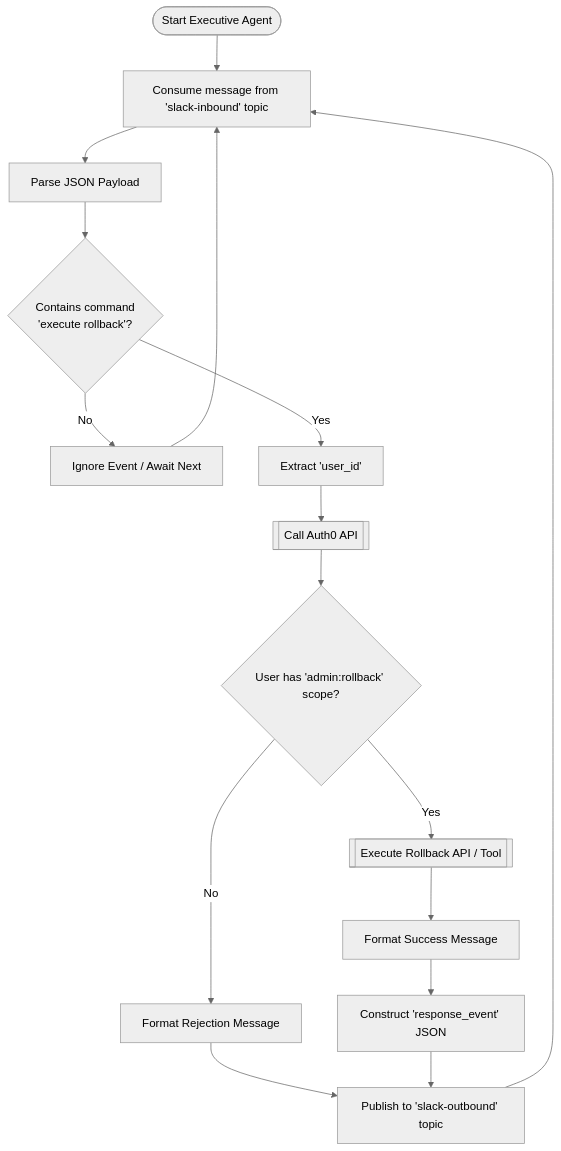
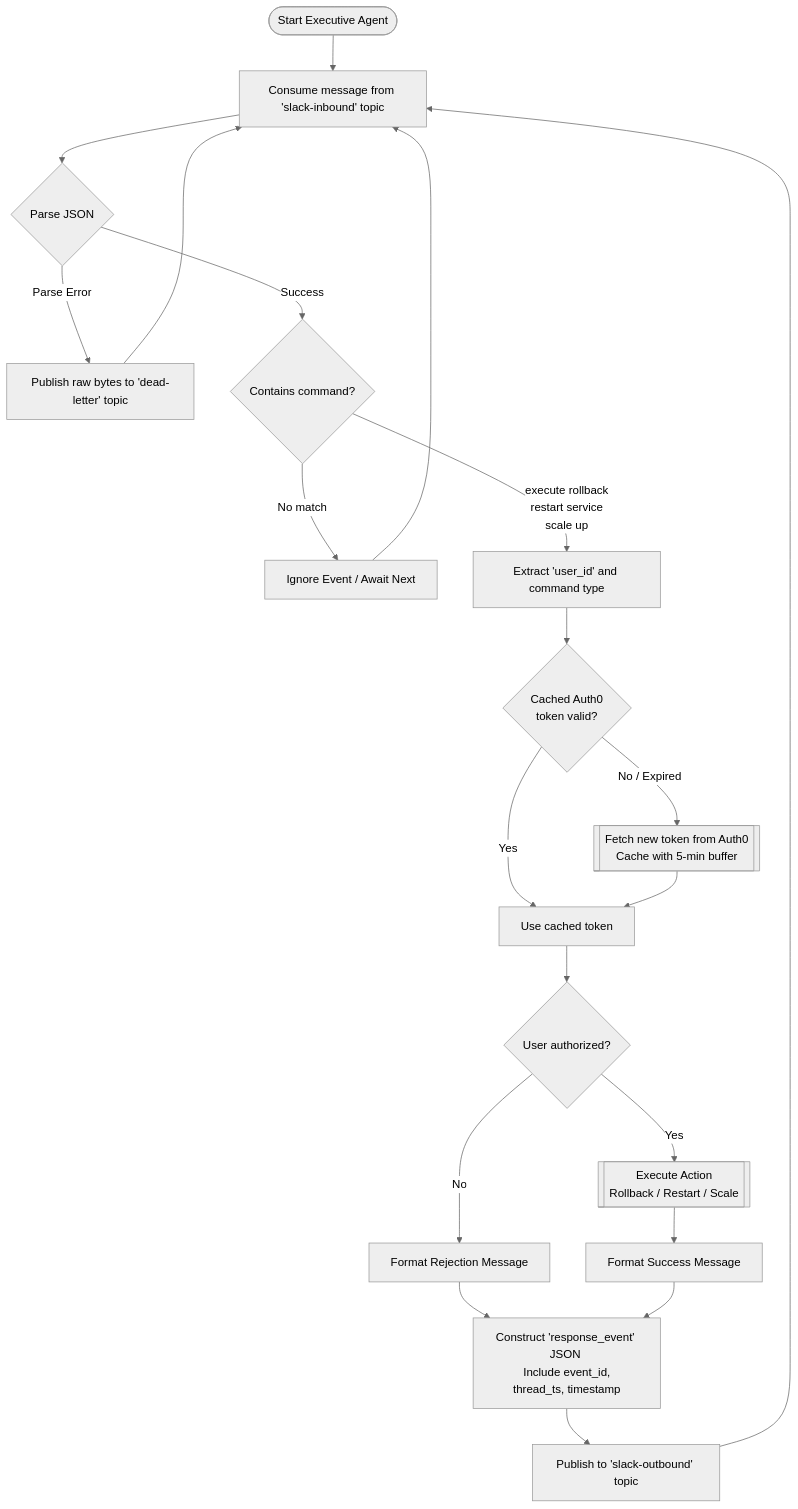
Before and after one commit to AnushaFreshStart/event-driven-war-room: the third of 4 diagrams in AGENT_FLOWS.md, drawn with Mermaid (neutral theme). The commit also changed other lines of this file and 6 other files, not shown here.

````diff
--- a/AGENT_FLOWS.md
+++ b/AGENT_FLOWS.md
@@ -59,23 +68,32 @@
 ```mermaid
 flowchart TD
     Start([Start Executive Agent]) --> Consume[Consume message from 'slack-inbound' topic]
-    Consume --> Parse[Parse JSON Payload]
-    Parse --> Check{Contains command <br> 'execute rollback'?}
+    Consume --> ParseJSON{Parse JSON}
     
-    Check -->|No| Ignore[Ignore Event / Await Next]
+    ParseJSON -->|Parse Error| DLQ[Publish raw bytes to 'dead-letter' topic]
+    DLQ --> Consume
+    
+    ParseJSON -->|Success| Check{Contains command?}
+    
+    Check -->|No match| Ignore[Ignore Event / Await Next]
     Ignore --> Consume
     
-    Check -->|Yes| Extract[Extract 'user_id']
-    Extract --> Auth0[[Call Auth0 API]]
-    Auth0 --> Verify{User has 'admin:rollback' scope?}
+    Check -->|execute rollback<br>restart service<br>scale up| Extract[Extract 'user_id' and command type]
+    Extract --> TokenCache{Cached Auth0 <br> token valid?}
+    
+    TokenCache -->|Yes| UseToken[Use cached token]
+    TokenCache -->|No / Expired| Auth0[[Fetch new token from Auth0 <br> Cache with 5-min buffer]]
+    Auth0 --> UseToken
+    
+    UseToken --> Verify{User authorized?}
     
     Verify -->|No| Reject[Format Rejection Message]
-    Reject --> Publish
+    Reject --> Package
     
-    Verify -->|Yes| Tool[[Execute Rollback API / Tool]]
+    Verify -->|Yes| Tool[[Execute Action <br> Rollback / Restart / Scale]]
     Tool --> Success[Format Success Message]
-    Success --> Package[Construct 'response_event' JSON]
+    Success --> Package[Construct 'response_event' JSON <br> Include event_id, thread_ts, timestamp]
     
     Package --> Publish[Publish to 'slack-outbound' topic]
     Publish --> Consume
 ```
````
